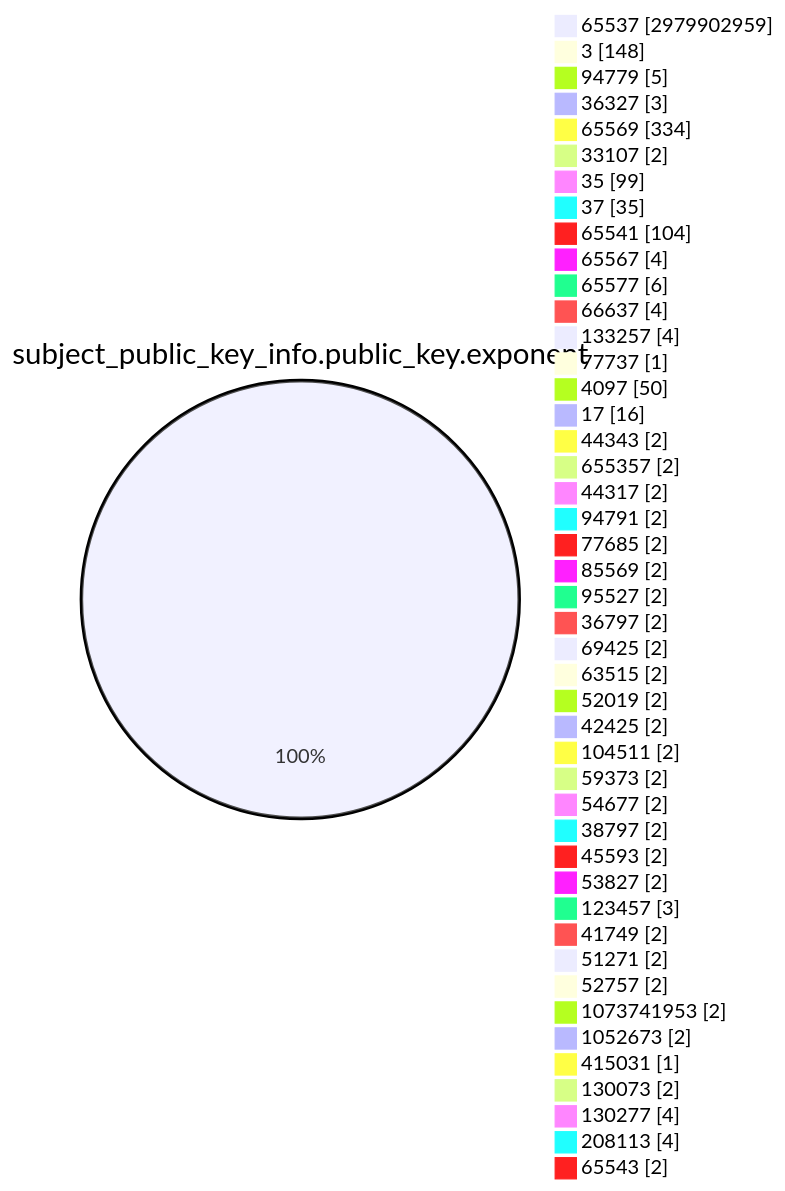
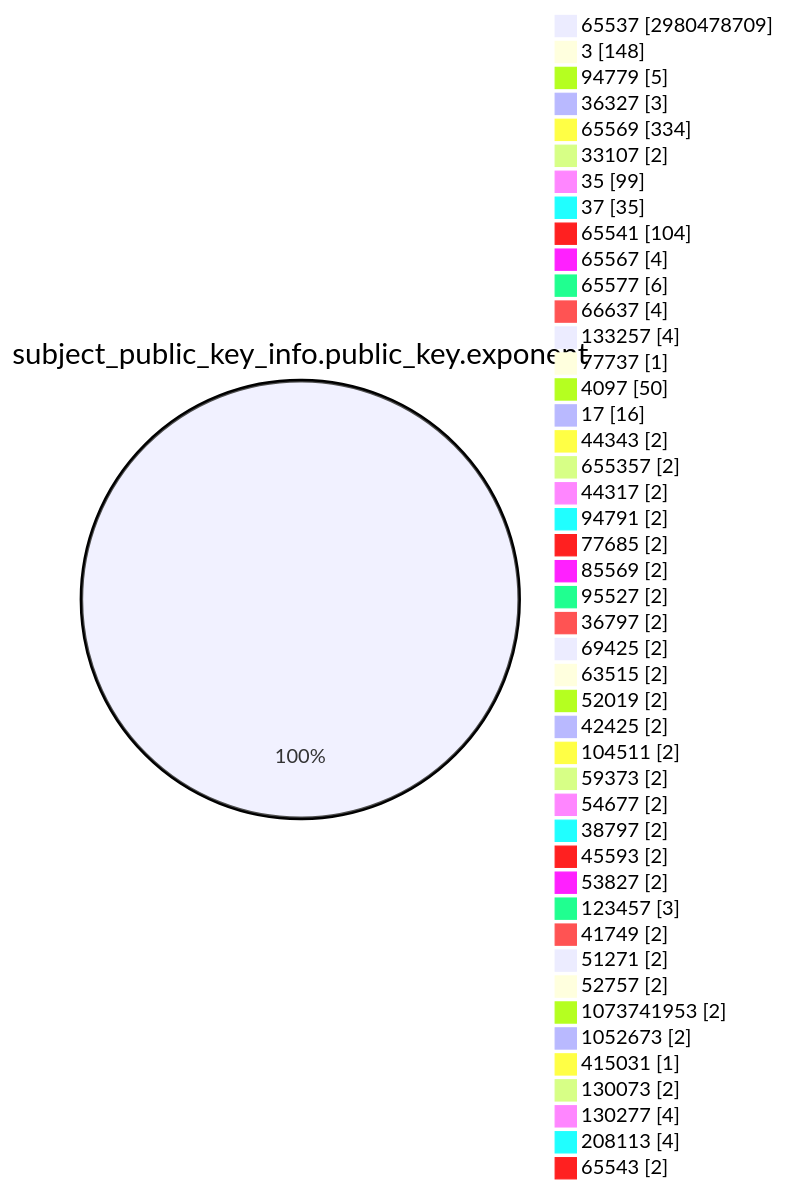
Before and after one commit to christiankrug/ctmonitor_visualization: the fourth of 15 diagrams in TOTAL/README.md, drawn with Mermaid. The commit also changed other lines of this file, not shown here.

````diff
--- a/TOTAL/README.md
+++ b/TOTAL/README.md
@@ -1472,49 +1472,49 @@
 ```mermaid
 pie showData
 title subject_public_key_info.public_key.exponent
-"65537" :2979902959
+"65537" :2980478709
 "3" :148
 "94779" :5
 "36327" :3
 "65569" :334
 "33107" :2
 "35" :99
 "37" :35
 "65541" :104
 "65567" :4
 "65577" :6
 "66637" :4
 "133257" :4
 "77737" :1
 "4097" :50
 "17" :16
 "44343" :2
 "655357" :2
 "44317" :2
 "94791" :2
 "77685" :2
 "85569" :2
 "95527" :2
 "36797" :2
 "69425" :2
 "63515" :2
 "52019" :2
 "42425" :2
 "104511" :2
 "59373" :2
 "54677" :2
 "38797" :2
 "45593" :2
 "53827" :2
 "123457" :3
 "41749" :2
 "51271" :2
 "52757" :2
 "1073741953" :2
 "1052673" :2
 "415031" :1
 "130073" :2
 "130277" :4
 "208113" :4
 "65543" :2
 ```
````
